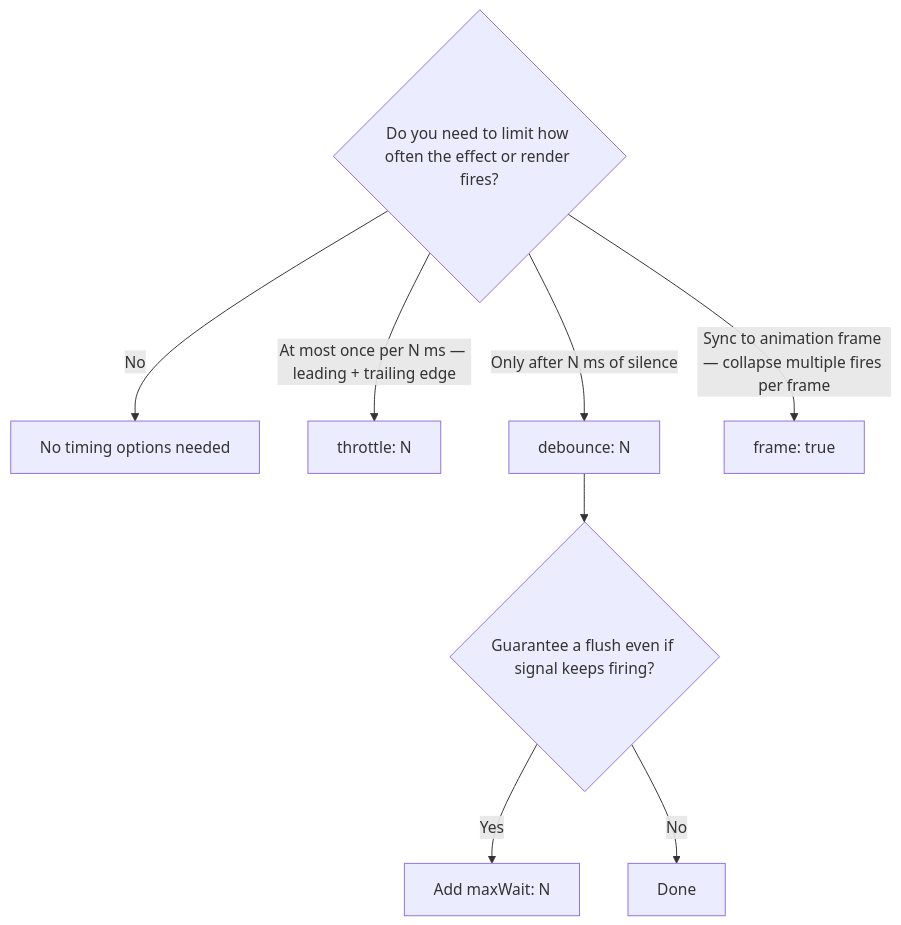
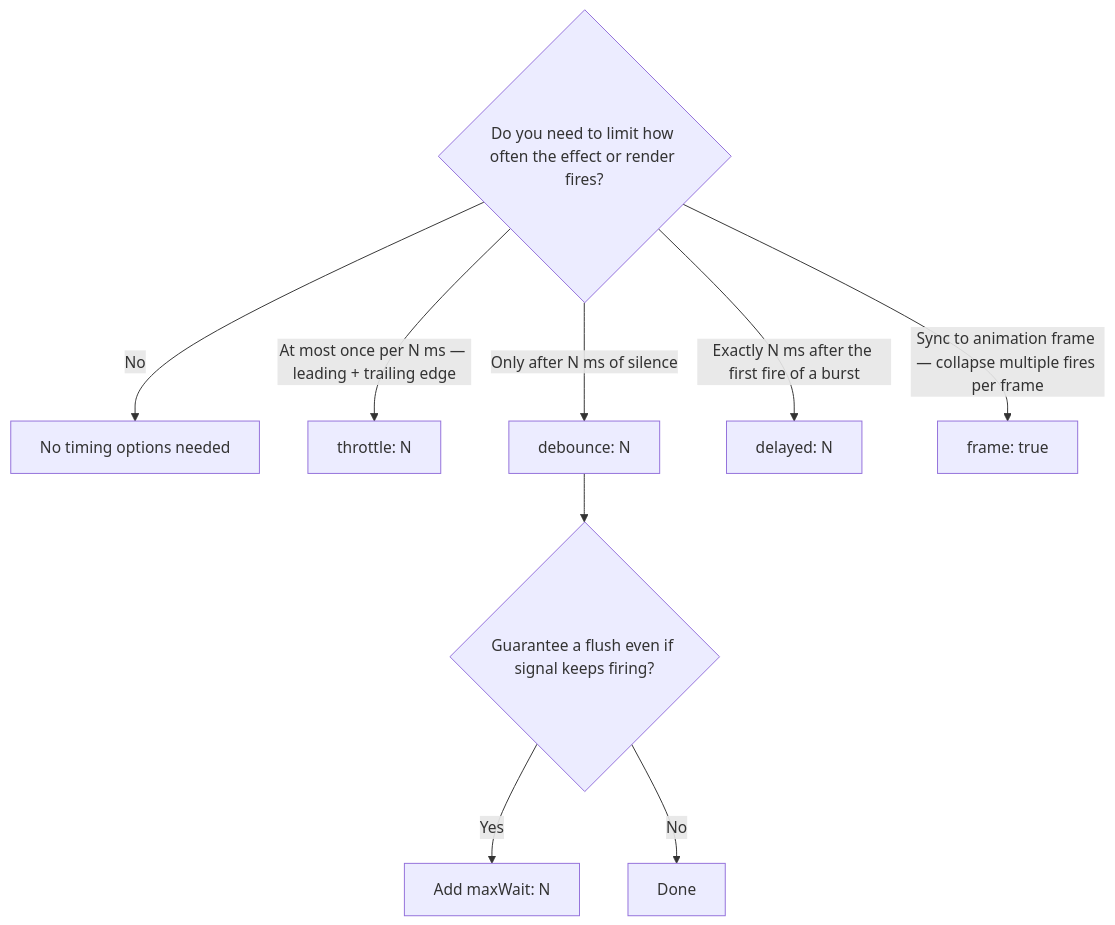
Before and after one commit to jav974/react-refsignal: the fourth of 12 diagrams in docs/decision-tree.md, drawn with Mermaid. The commit also changed other lines of this file and 11 other files, not shown here.

````diff
--- a/docs/decision-tree.md
+++ b/docs/decision-tree.md
@@ -103,11 +103,12 @@
 ```mermaid
 flowchart TD
     Q1{"Do you need to limit how often the effect or render fires?"}
     Q1 -->|No| A[No timing options needed]
     Q1 -->|"At most once per N ms — leading + trailing edge"| B["throttle: N"]
     Q1 -->|"Only after N ms of silence"| C["debounce: N"]
     C --> Q2{"Guarantee a flush even if signal keeps firing?"}
     Q2 -->|Yes| D["Add maxWait: N"]
     Q2 -->|No| E[Done]
+    Q1 -->|"Exactly N ms after the first fire of a burst"| G["delayed: N"]
     Q1 -->|"Sync to animation frame — collapse multiple fires per frame"| F["frame: true"]
 ```
````
